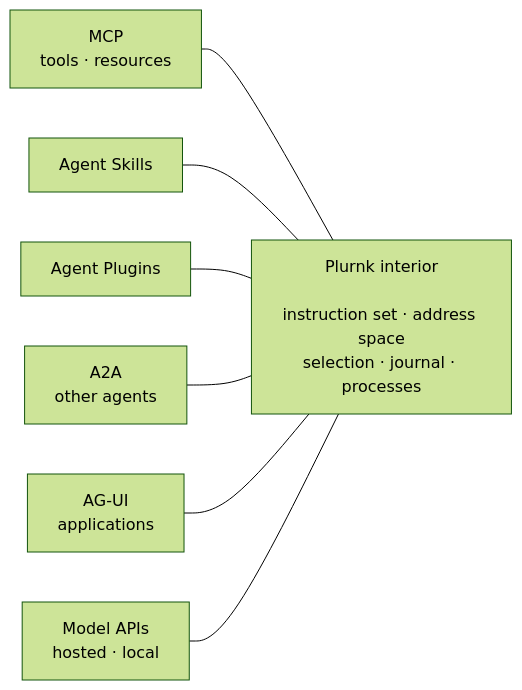
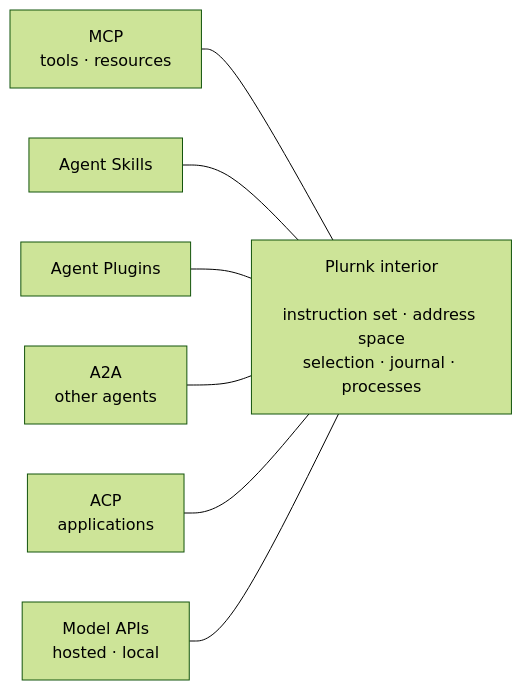
The diagram in PLURNK.md (plurnk/plurnk-service), drawn with Mermaid (forest theme) before and after one commit. The commit also changed other lines of this file and 278 other files, not shown here.

Commit message:
refactor(acp): complete client parity in plurnk-acp and retire plurnk-agui (#1232)

````diff
--- a/PLURNK.md
+++ b/PLURNK.md
@@ -326,10 +326,10 @@
 ```mermaid
 flowchart LR
     MCP["MCP<br/>tools · resources"] --- core
     SKILLS["Agent Skills"] --- core
     PLUGINS["Agent Plugins"] --- core
     A2A["A2A<br/>other agents"] --- core
-    AGUI["AG-UI<br/>applications"] --- core
+    ACP["ACP<br/>applications"] --- core
     MODELS["Model APIs<br/>hosted · local"] --- core
     core["Plurnk interior<br/><br/>instruction set · address space<br/>selection · journal · processes"]
 ```
````
